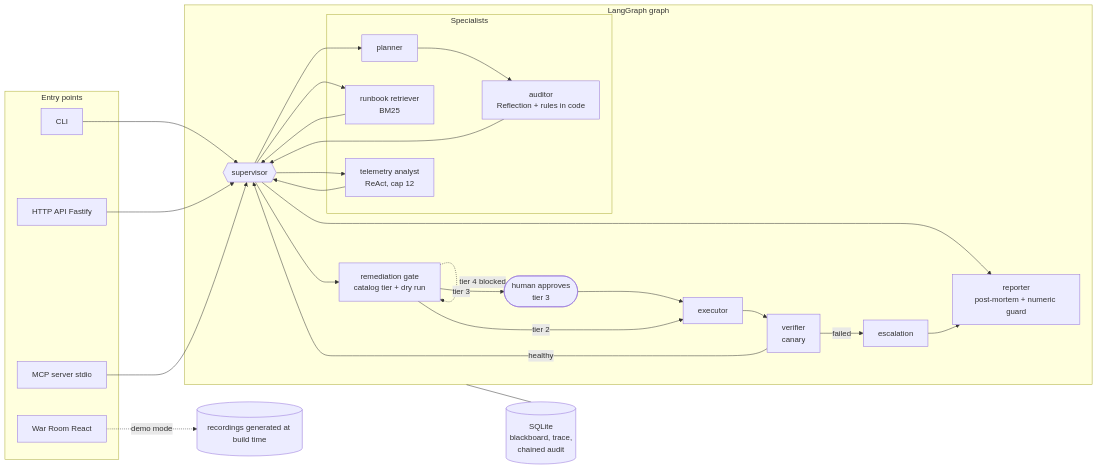
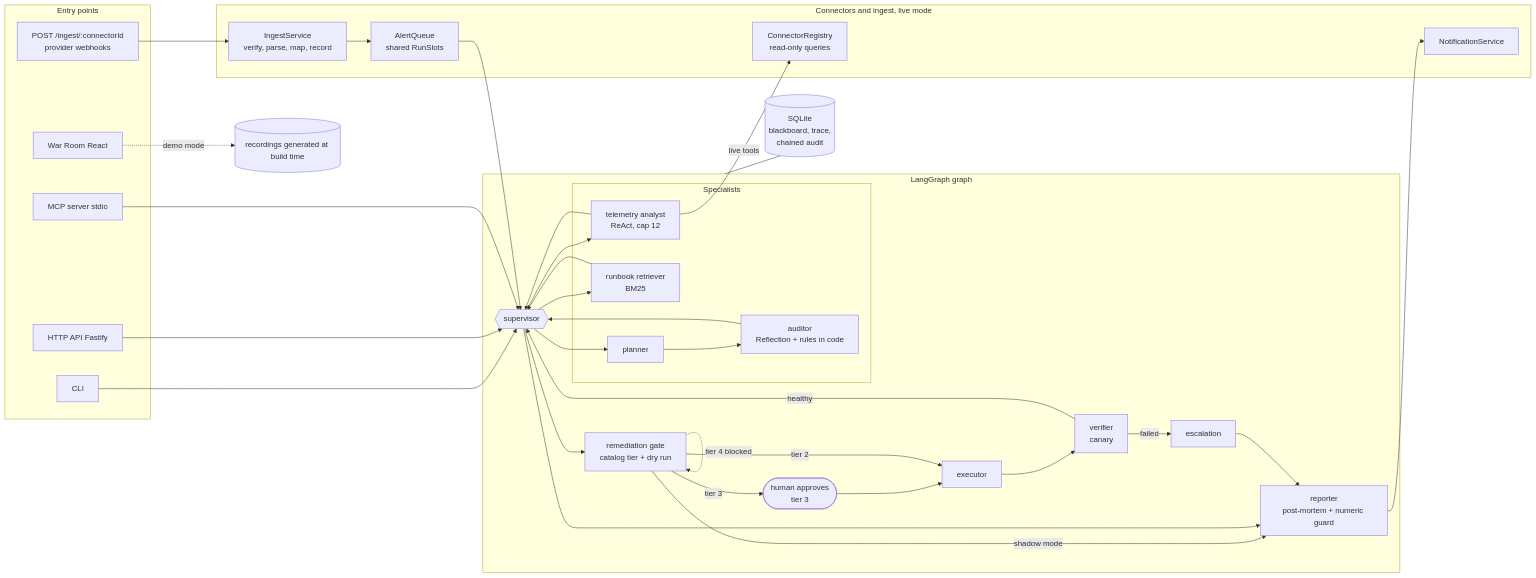
One commit to flaviorg/incident-copilot changed the diagram in README.md. Above: the diagram before and after it, drawn with Mermaid. The commit also changed other lines of this file and 226 other files, not shown here.

First line of the commit message:
Release 0.4.0: generic connectors (New Relic, Sentry, Bugsnag, Alertmanager, webhook, MCP) and live shadow mode (#3)

````diff
--- a/README.md
+++ b/README.md
@@ -61,38 +62,50 @@
 ```mermaid
 flowchart LR
   subgraph PORTAS [Entry points]
     CLI[CLI]
     API[HTTP API Fastify]
     MCP[MCP server stdio]
     WR[War Room React]
+    ING["POST /ingest/:connectorId<br/>provider webhooks"]
+  end
+
+  subgraph CONN [Connectors and ingest, live mode]
+    ISV["IngestService<br/>verify, parse, map, record"]
+    AQ["AlertQueue<br/>shared RunSlots"]
+    CR["ConnectorRegistry<br/>read-only queries"]
+    NS[NotificationService]
   end
 
   subgraph EQUIPE [LangGraph graph]
     SUP{{supervisor}}
     subgraph ESP [Specialists]
       TEL["telemetry analyst<br/>ReAct, cap 12"]
       RB["runbook retriever<br/>BM25"]
       PL[planner] --> AU["auditor<br/>Reflection + rules in code"]
     end
     GT["remediation gate<br/>catalog tier + dry run"]
     HUM(["human approves<br/>tier 3"])
     EX[executor] --> VE["verifier<br/>canary"]
     RP["reporter<br/>post-mortem + numeric guard"]
     ESC[escalation]
   end
 
   DB[("SQLite<br/>blackboard, trace,<br/>chained audit")]
 
   CLI & API & MCP --> SUP
+  ING --> ISV --> AQ --> SUP
+  TEL -- live tools --> CR
+  RP --> NS
   SUP --> TEL & RB & PL
   TEL & RB --> SUP
   AU --> SUP
   SUP --> GT
   GT -- tier 3 --> HUM --> EX
   GT -- tier 2 --> EX
   GT -. tier 4 blocked .-> GT
+  GT -- shadow mode --> RP
   VE -- healthy --> SUP --> RP
   VE -- failed --> ESC --> RP
   EQUIPE --- DB
   WR -. demo mode .-> REC[(recordings generated at build time)]
 ```
````
